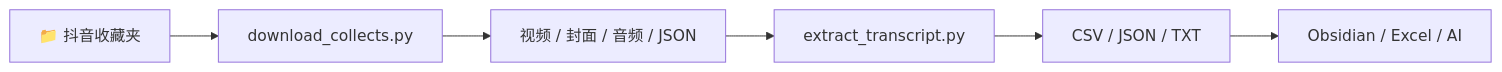
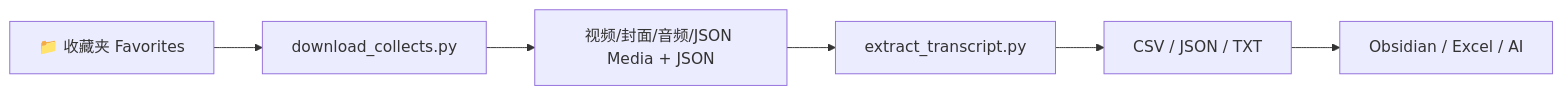
Before and after one commit to luxinzhang28-creator/Douyin-collect-downloader: the diagram in README.md, drawn with Mermaid. The commit also changed other lines of this file and 1 other file, not shown here.

````diff
--- a/README.md
+++ b/README.md
@@ -123,8 +143,8 @@
 ```mermaid
 flowchart LR
-    A[📁 抖音收藏夹] --> B[download_collects.py]
-    B --> C[视频 / 封面 / 音频 / JSON]
-    C --> D[extract_transcript.py]
-    D --> E[CSV / JSON / TXT]
-    E --> F[Obsidian / Excel / AI]
+    A["📁 收藏夹 Favorites"] --> B["download_collects.py"]
+    B --> C["视频/封面/音频/JSON Media + JSON"]
+    C --> D["extract_transcript.py"]
+    D --> E["CSV / JSON / TXT"]
+    E --> F["Obsidian / Excel / AI"]
 ```
````
